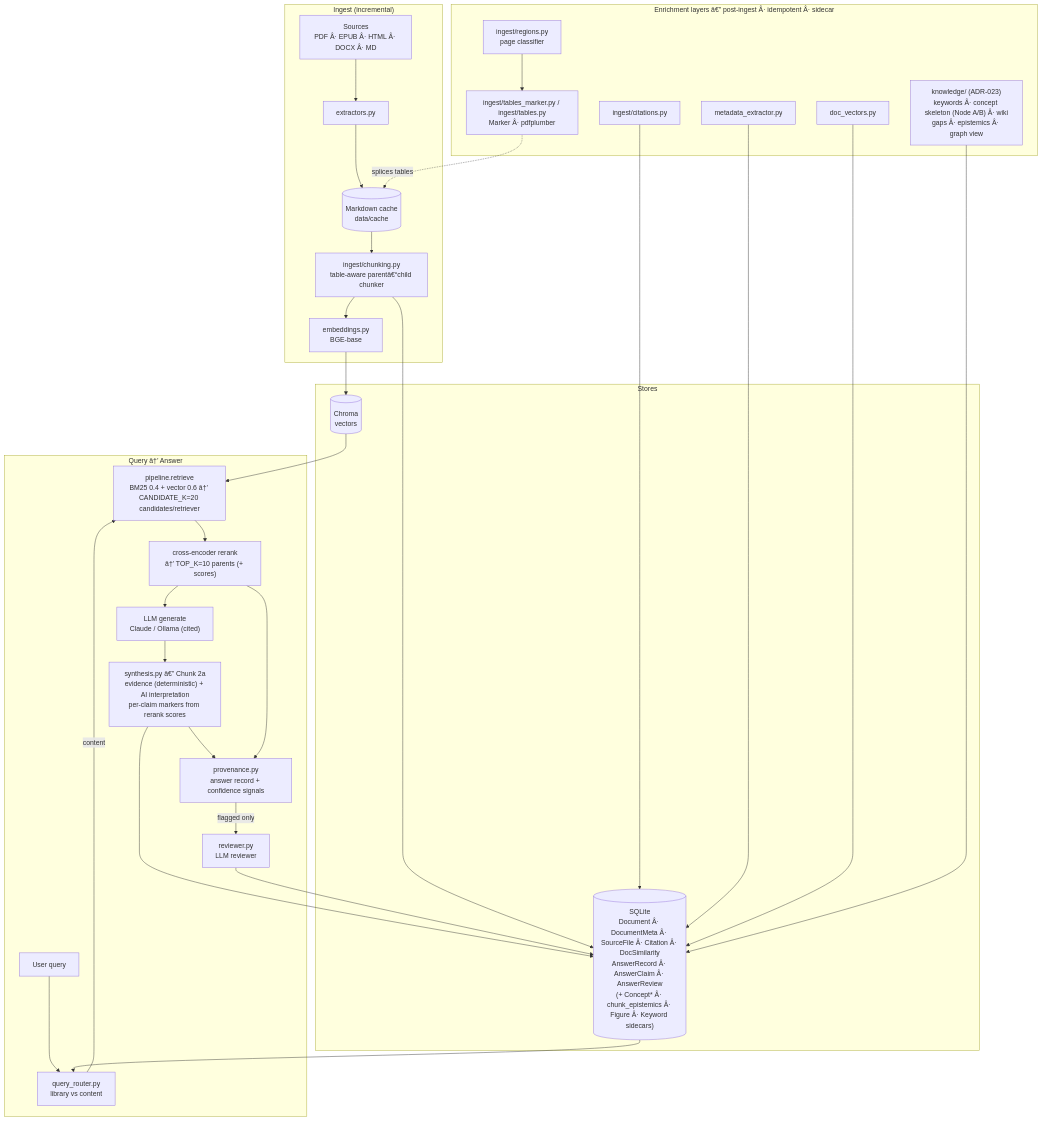
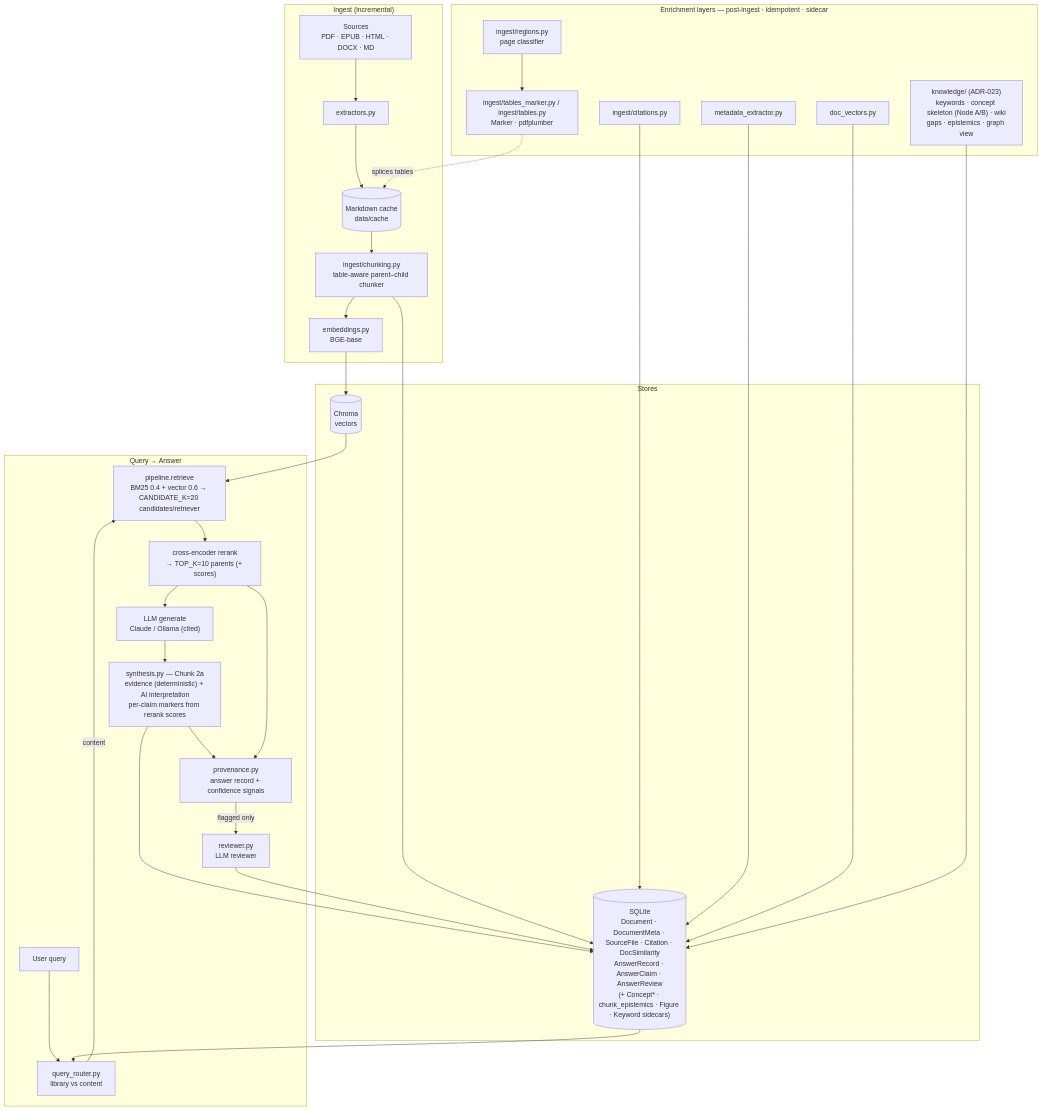
The first of 2 diagrams in docs/architecture.md (ldele/doc_assistant), drawn with Mermaid before and after one commit. The commit also changed other lines of this file and 6 other files, not shown here.

First line of the commit message:
docs(adr): ADR-043 — received content is preserved verbatim

````diff
--- a/docs/architecture.md
+++ b/docs/architecture.md
@@ -30,45 +30,45 @@
 ```mermaid
 flowchart TD
     subgraph ING["Ingest (incremental)"]
-        SRC["Sources<br/>PDF Â· EPUB Â· HTML Â· DOCX Â· MD"] --> EXT["extractors.py"]
+        SRC["Sources<br/>PDF · EPUB · HTML · DOCX · MD"] --> EXT["extractors.py"]
         EXT --> CACHE[("Markdown cache<br/>data/cache")]
-        CACHE --> CHUNK["ingest/chunking.py<br/>table-aware parentâ€“child chunker"]
+        CACHE --> CHUNK["ingest/chunking.py<br/>table-aware parent–child chunker"]
         CHUNK --> EMB["embeddings.py<br/>BGE-base"]
     end
 
-    subgraph ENR["Enrichment layers â€” post-ingest Â· idempotent Â· sidecar"]
-        REG["ingest/regions.py<br/>page classifier"] --> TBL["ingest/tables_marker.py / ingest/tables.py<br/>Marker Â· pdfplumber"]
+    subgraph ENR["Enrichment layers — post-ingest · idempotent · sidecar"]
+        REG["ingest/regions.py<br/>page classifier"] --> TBL["ingest/tables_marker.py / ingest/tables.py<br/>Marker · pdfplumber"]
         CIT["ingest/citations.py"]
         MD["metadata_extractor.py"]
         DV["doc_vectors.py"]
-        KNW["knowledge/ (ADR-023)<br/>keywords Â· concept skeleton (Node A/B) Â· wiki<br/>gaps Â· epistemics Â· graph view"]
+        KNW["knowledge/ (ADR-023)<br/>keywords · concept skeleton (Node A/B) · wiki<br/>gaps · epistemics · graph view"]
     end
 
     subgraph ST["Stores"]
         CHROMA[("Chroma<br/>vectors")]
-        SQL[("SQLite<br/>Document Â· DocumentMeta Â· SourceFile Â· Citation Â· DocSimilarity<br/>AnswerRecord Â· AnswerClaim Â· AnswerReview<br/>(+ Concept* Â· chunk_epistemics Â· Figure Â· Keyword sidecars)")]
+        SQL[("SQLite<br/>Document · DocumentMeta · SourceFile · Citation · DocSimilarity<br/>AnswerRecord · AnswerClaim · AnswerReview<br/>(+ Concept* · chunk_epistemics · Figure · Keyword sidecars)")]
     end
 
-    subgraph QRY["Query â†’ Answer"]
+    subgraph QRY["Query → Answer"]
         Q["User query"] --> ROUTE["query_router.py<br/>library vs content"]
-        ROUTE -->|content| RET["pipeline.retrieve<br/>BM25 0.4 + vector 0.6 â†’ CANDIDATE_K=20 candidates/retriever"]
-        RET --> RR["cross-encoder rerank<br/>â†’ TOP_K=10 parents (+ scores)"]
+        ROUTE -->|content| RET["pipeline.retrieve<br/>BM25 0.4 + vector 0.6 → CANDIDATE_K=20 candidates/retriever"]
+        RET --> RR["cross-encoder rerank<br/>→ TOP_K=10 parents (+ scores)"]
         RR --> GEN["LLM generate<br/>Claude / Ollama (cited)"]
-        GEN --> SYN["synthesis.py â€” Chunk 2a<br/>evidence (deterministic) + AI interpretation<br/>per-claim markers from rerank scores"]
+        GEN --> SYN["synthesis.py — Chunk 2a<br/>evidence (deterministic) + AI interpretation<br/>per-claim markers from rerank scores"]
         SYN --> PROV["provenance.py<br/>answer record + confidence signals"]
         PROV -->|flagged only| REV["reviewer.py<br/>LLM reviewer"]
     end
 
     EMB --> CHROMA
     CHUNK --> SQL
     CIT --> SQL
     MD --> SQL
     DV --> SQL
     KNW --> SQL
     TBL -. splices tables .-> CACHE
     CHROMA --> RET
     SQL --> ROUTE
     RR --> PROV
     SYN --> SQL
     REV --> SQL
 ```
````
